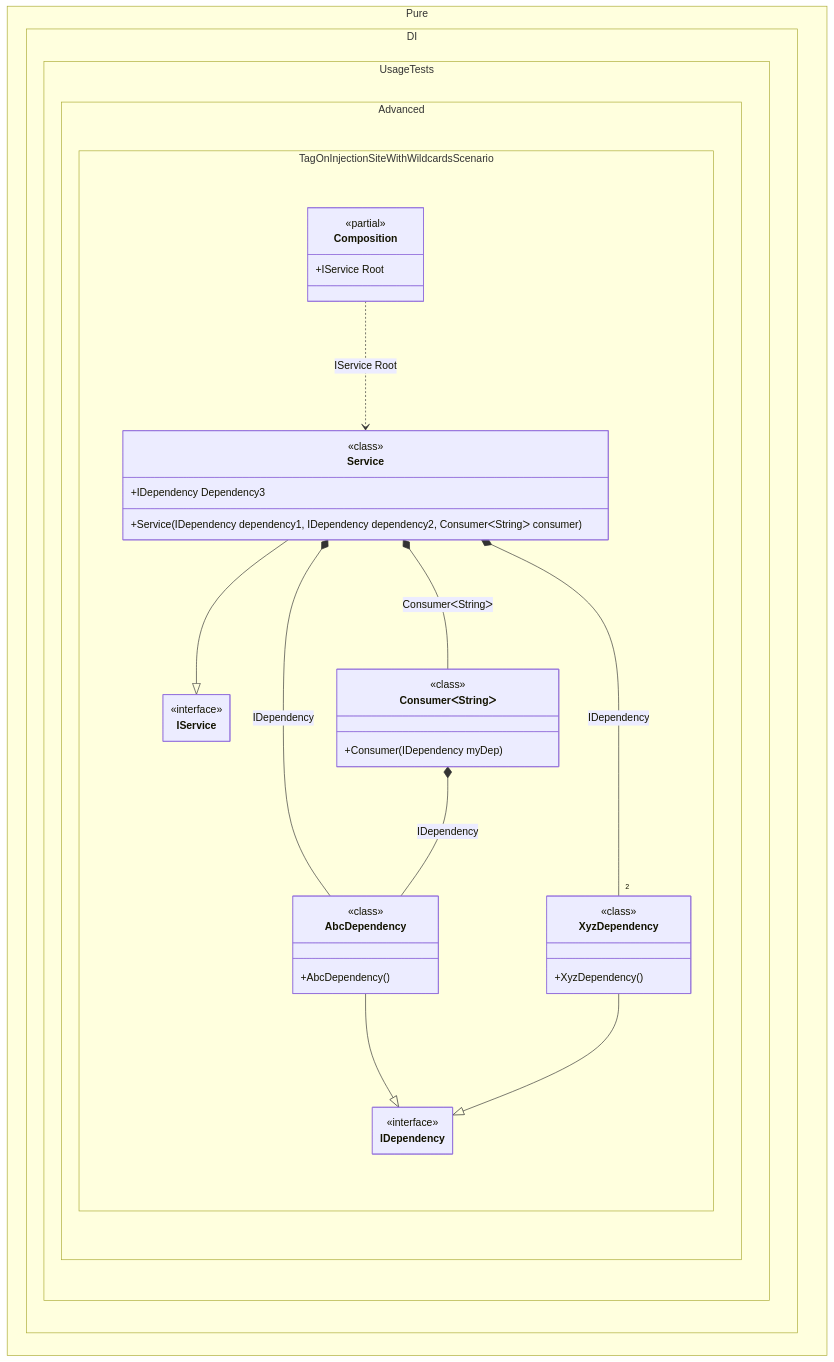
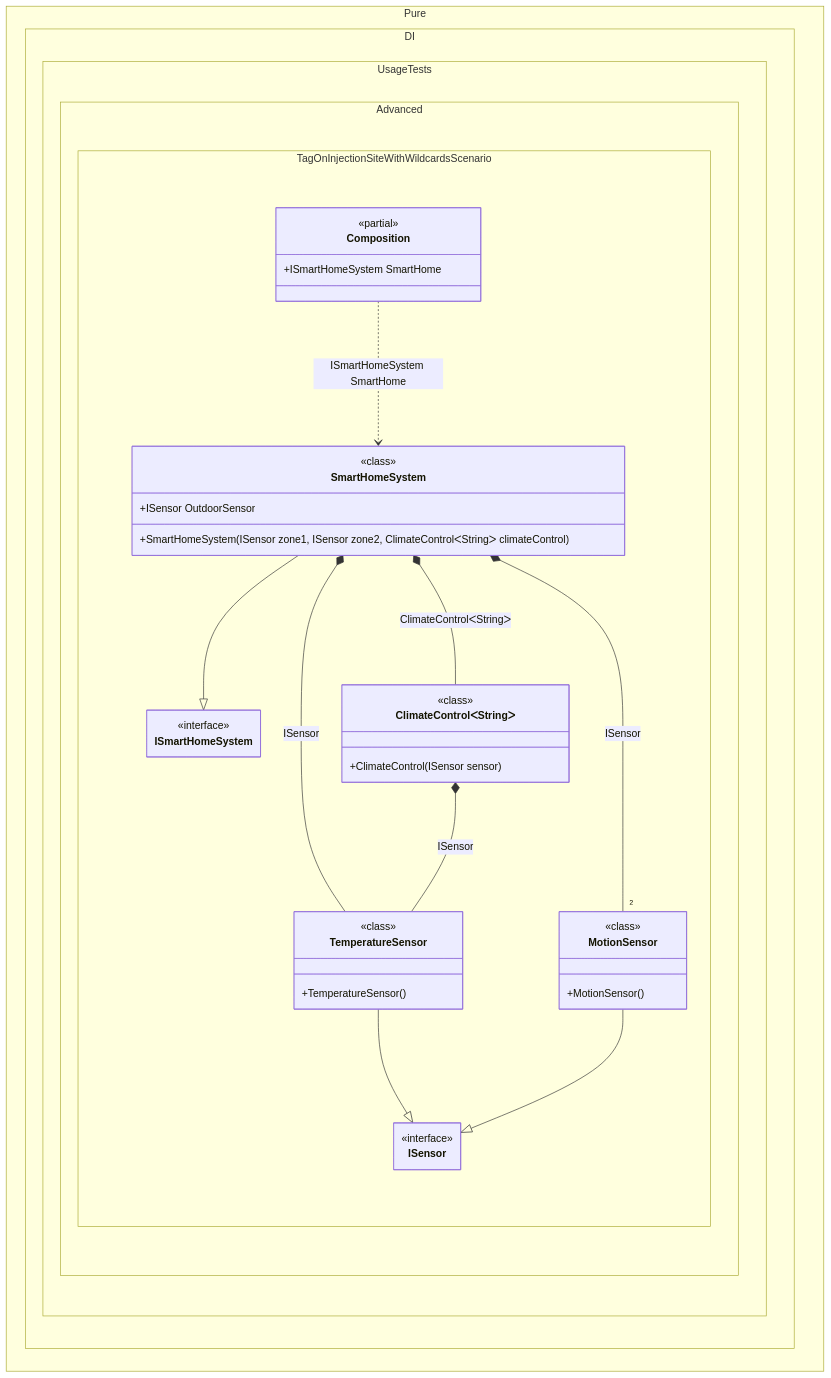
The diagram in readme/tag-on-injection-site-with-wildcards.md (DevTeam/Pure.DI), drawn with Mermaid before and after one commit. The commit also changed other lines of this file and 126 other files, not shown here.

````diff
--- a/readme/tag-on-injection-site-with-wildcards.md
+++ b/readme/tag-on-injection-site-with-wildcards.md
@@ -125,47 +138,47 @@
 ```mermaid
 ---
  config:
   maxTextSize: 2147483647
   maxEdges: 2147483647
   class:
    hideEmptyMembersBox: true
 ---
 classDiagram
-	AbcDependency --|> IDependency
-	XyzDependency --|> IDependency
-	Service --|> IService
-	Composition ..> Service : IService Root
-	Service *--  AbcDependency : IDependency
-	Service *-- "2 " XyzDependency : IDependency
-	Service *--  ConsumerᐸStringᐳ : ConsumerᐸStringᐳ
-	ConsumerᐸStringᐳ *--  AbcDependency : IDependency
+	TemperatureSensor --|> ISensor
+	MotionSensor --|> ISensor
+	SmartHomeSystem --|> ISmartHomeSystem
+	Composition ..> SmartHomeSystem : ISmartHomeSystem SmartHome
+	SmartHomeSystem *--  TemperatureSensor : ISensor
+	SmartHomeSystem *-- "2 " MotionSensor : ISensor
+	SmartHomeSystem *--  ClimateControlᐸStringᐳ : ClimateControlᐸStringᐳ
+	ClimateControlᐸStringᐳ *--  TemperatureSensor : ISensor
 	namespace Pure.DI.UsageTests.Advanced.TagOnInjectionSiteWithWildcardsScenario {
-		class AbcDependency {
+		class ClimateControlᐸStringᐳ {
 				<<class>>
-			+AbcDependency()
+			+ClimateControl(ISensor sensor)
 		}
 		class Composition {
 		<<partial>>
-		+IService Root
+		+ISmartHomeSystem SmartHome
 		}
-		class ConsumerᐸStringᐳ {
-				<<class>>
-			+Consumer(IDependency myDep)
-		}
-		class IDependency {
+		class ISensor {
 			<<interface>>
 		}
-		class IService {
+		class ISmartHomeSystem {
 			<<interface>>
 		}
-		class Service {
+		class MotionSensor {
 				<<class>>
-			+Service(IDependency dependency1, IDependency dependency2, ConsumerᐸStringᐳ consumer)
-			+IDependency Dependency3
+			+MotionSensor()
 		}
-		class XyzDependency {
+		class SmartHomeSystem {
 				<<class>>
-			+XyzDependency()
+			+SmartHomeSystem(ISensor zone1, ISensor zone2, ClimateControlᐸStringᐳ climateControl)
+			+ISensor OutdoorSensor
+		}
+		class TemperatureSensor {
+				<<class>>
+			+TemperatureSensor()
 		}
 	}
 ```
````
